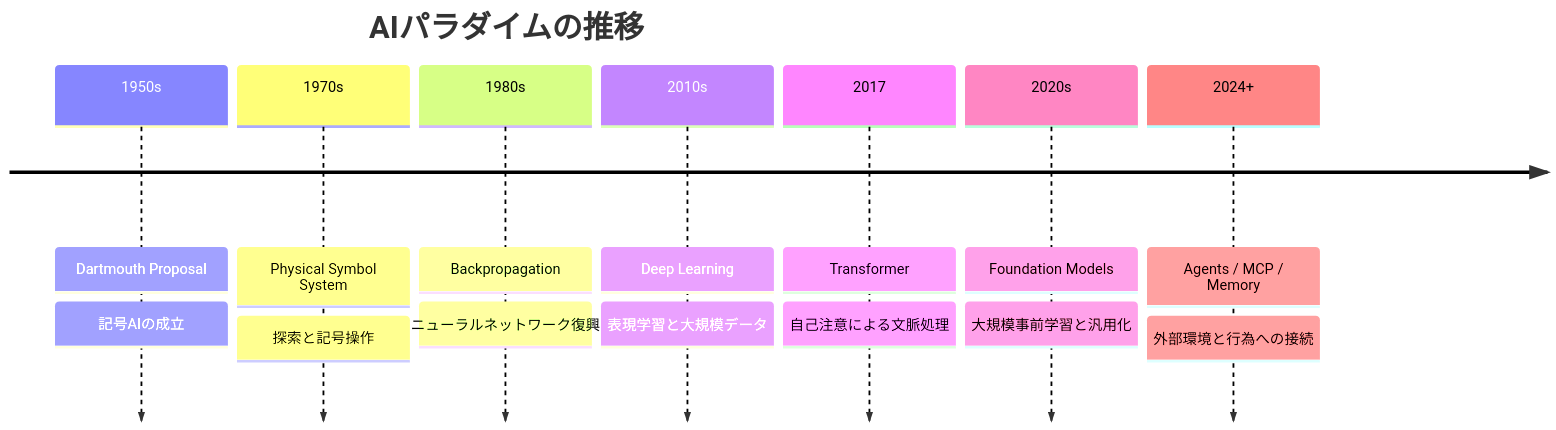
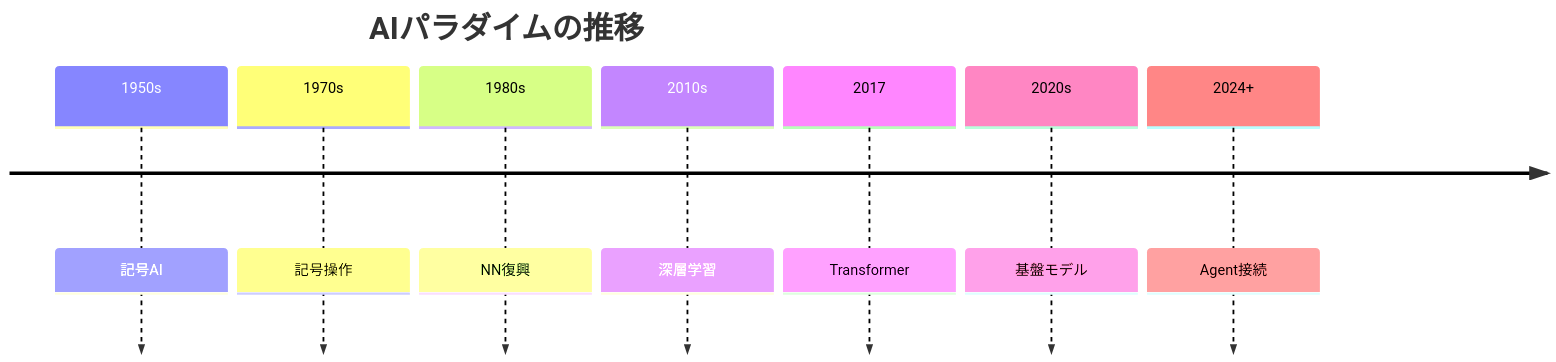
One commit to daylight55/research changed the second of 13 diagrams in src/content/blog/ai-llm-ontology-memory.mdx. Above: the diagram before and after it, drawn with Mermaid. The commit also changed other lines of this file and 20 other files, not shown here.

Commit message:
Mermaid図の表示サイズを調整

````diff
--- a/src/content/blog/ai-llm-ontology-memory.mdx
+++ b/src/content/blog/ai-llm-ontology-memory.mdx
@@ -72,11 +70,11 @@
 ```mermaid
 timeline
   title AIパラダイムの推移
-  1950s : Dartmouth Proposal : 記号AIの成立
-  1970s : Physical Symbol System : 探索と記号操作
-  1980s : Backpropagation : ニューラルネットワーク復興
-  2010s : Deep Learning : 表現学習と大規模データ
-  2017 : Transformer : 自己注意による文脈処理
-  2020s : Foundation Models : 大規模事前学習と汎用化
-  2024+ : Agents / MCP / Memory : 外部環境と行為への接続
+  1950s : 記号AI
+  1970s : 記号操作
+  1980s : NN復興
+  2010s : 深層学習
+  2017 : Transformer
+  2020s : 基盤モデル
+  2024+ : Agent接続
 ```
````
